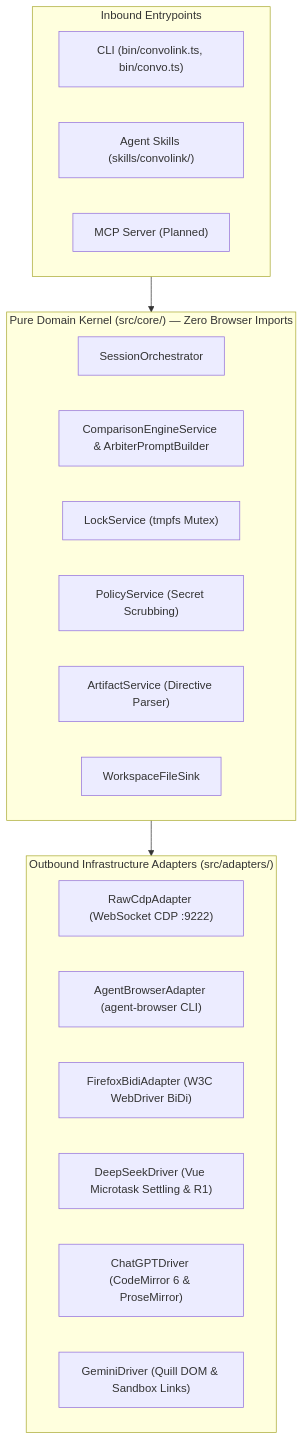
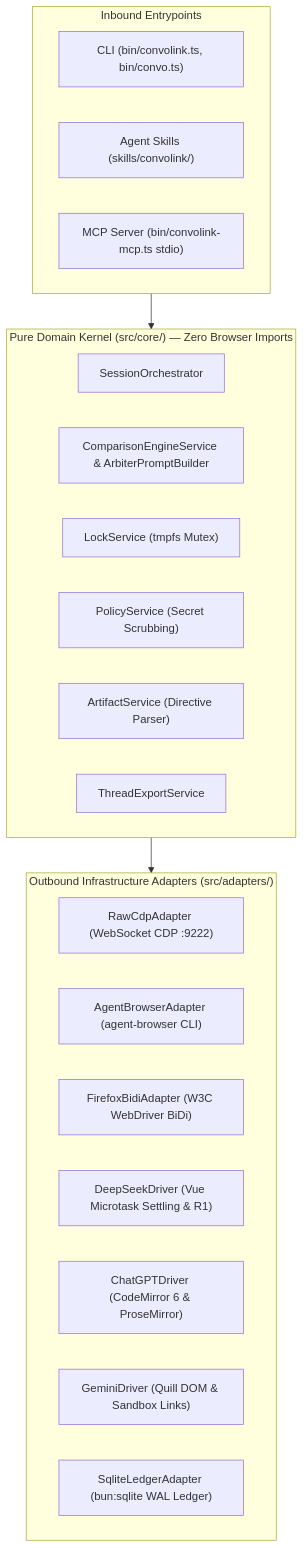
The diagram in README.md (0xTanzim/convolink), drawn with Mermaid before and after one commit. The commit also changed other lines of this file and 9 other files, not shown here.

Commit message:
docs: synchronize all architecture docs, ADRs, OpenSpecs, and agent skills

````diff
--- a/README.md
+++ b/README.md
@@ -42,29 +42,30 @@
 ```mermaid
 flowchart TD
     subgraph InboundEntrypoints ["Inbound Entrypoints"]
         CLI["CLI (bin/convolink.ts, bin/convo.ts)"]
         Skills["Agent Skills (skills/convolink/)"]
-        MCP["MCP Server (Planned)"]
+        MCP["MCP Server (bin/convolink-mcp.ts stdio)"]
     end
 
     subgraph CoreKernel ["Pure Domain Kernel (src/core/) — Zero Browser Imports"]
         Orchestrator["SessionOrchestrator"]
         ComparisonEngine["ComparisonEngineService & ArbiterPromptBuilder"]
         LockService["LockService (tmpfs Mutex)"]
         PolicyService["PolicyService (Secret Scrubbing)"]
         ArtifactService["ArtifactService (Directive Parser)"]
-        WorkspaceSink["WorkspaceFileSink"]
+        ThreadExport["ThreadExportService"]
     end
 
     subgraph OutboundAdapters ["Outbound Infrastructure Adapters (src/adapters/)"]
         CDP["RawCdpAdapter (WebSocket CDP :9222)"]
         AgentBrowser["AgentBrowserAdapter (agent-browser CLI)"]
         FirefoxBiDi["FirefoxBidiAdapter (W3C WebDriver BiDi)"]
         DeepSeek["DeepSeekDriver (Vue Microtask Settling & R1)"]
         ChatGPT["ChatGPTDriver (CodeMirror 6 & ProseMirror)"]
         Gemini["GeminiDriver (Quill DOM & Sandbox Links)"]
+        Sqlite["SqliteLedgerAdapter (bun:sqlite WAL Ledger)"]
     end
 
     InboundEntrypoints --> CoreKernel
     CoreKernel --> OutboundAdapters
 ```
````
